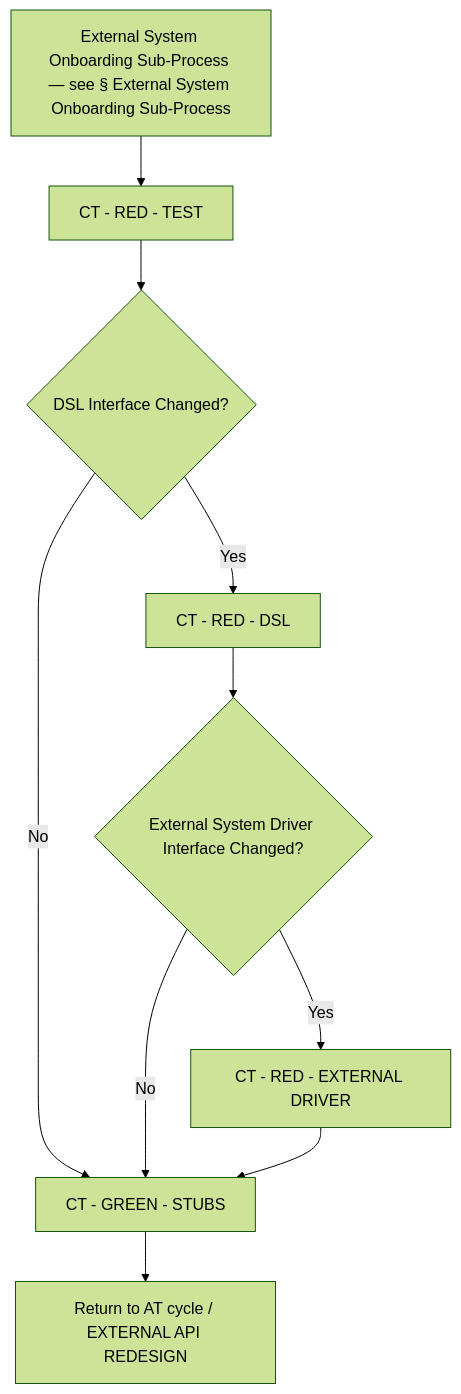
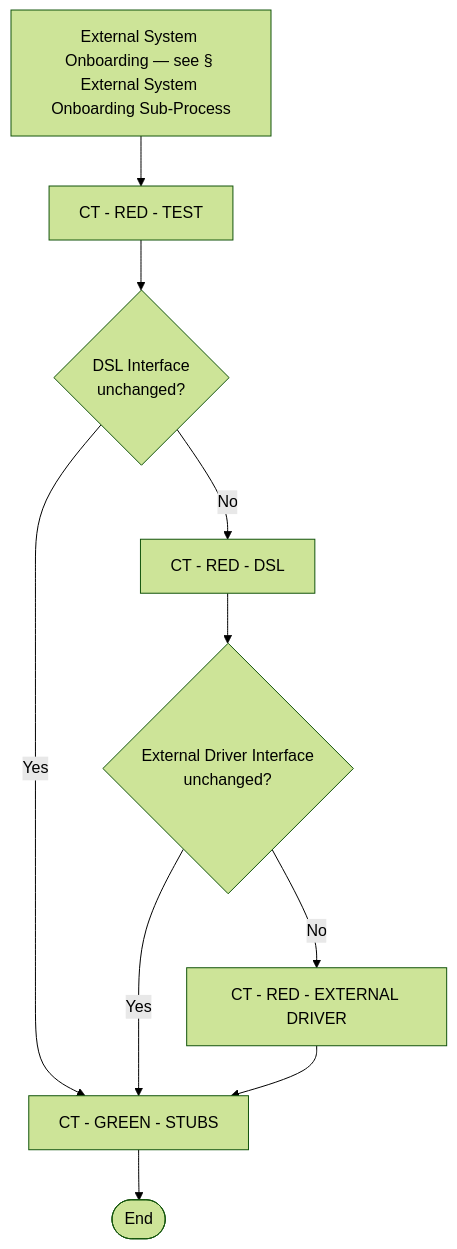
Before and after one commit to optivem/starter: the fifth of 9 diagrams in docs/atdd/process/diagram-process.md, drawn with Mermaid (forest theme). The commit also changed other lines of this file and 2 other files, not shown here.

````diff
--- a/docs/atdd/process/diagram-process.md
+++ b/docs/atdd/process/diagram-process.md
@@ -139,21 +151,21 @@
 ```mermaid
 flowchart TD
-    ONBOARD[External System Onboarding Sub-Process — see § External System Onboarding Sub-Process]
+    ONBOARDING[External System Onboarding — see § External System Onboarding Sub-Process]
     CT_RED_TEST[CT - RED - TEST]
-    GATE_DSL_CT{DSL Interface Changed?}
+    GATE_DSL{DSL Interface<br/>unchanged?}
     CT_RED_DSL[CT - RED - DSL]
-    GATE_EXT_CT{External System Driver Interface Changed?}
+    GATE_EXT{External Driver Interface<br/>unchanged?}
     CT_RED_EXT[CT - RED - EXTERNAL DRIVER]
     CT_GREEN_STUBS[CT - GREEN - STUBS]
-    RETURN[Return to AT cycle / EXTERNAL API REDESIGN]
+    CT_END([End])
 
-    ONBOARD --> CT_RED_TEST
-    CT_RED_TEST --> GATE_DSL_CT
-    GATE_DSL_CT -->|No| CT_GREEN_STUBS
-    GATE_DSL_CT -->|Yes| CT_RED_DSL
-    CT_RED_DSL --> GATE_EXT_CT
-    GATE_EXT_CT -->|No| CT_GREEN_STUBS
-    GATE_EXT_CT -->|Yes| CT_RED_EXT
+    ONBOARDING --> CT_RED_TEST
+    CT_RED_TEST --> GATE_DSL
+    GATE_DSL -- Yes --> CT_GREEN_STUBS
+    GATE_DSL -- No --> CT_RED_DSL
+    CT_RED_DSL --> GATE_EXT
+    GATE_EXT -- Yes --> CT_GREEN_STUBS
+    GATE_EXT -- No --> CT_RED_EXT
     CT_RED_EXT --> CT_GREEN_STUBS
-    CT_GREEN_STUBS --> RETURN
+    CT_GREEN_STUBS --> CT_END
 ```
````
